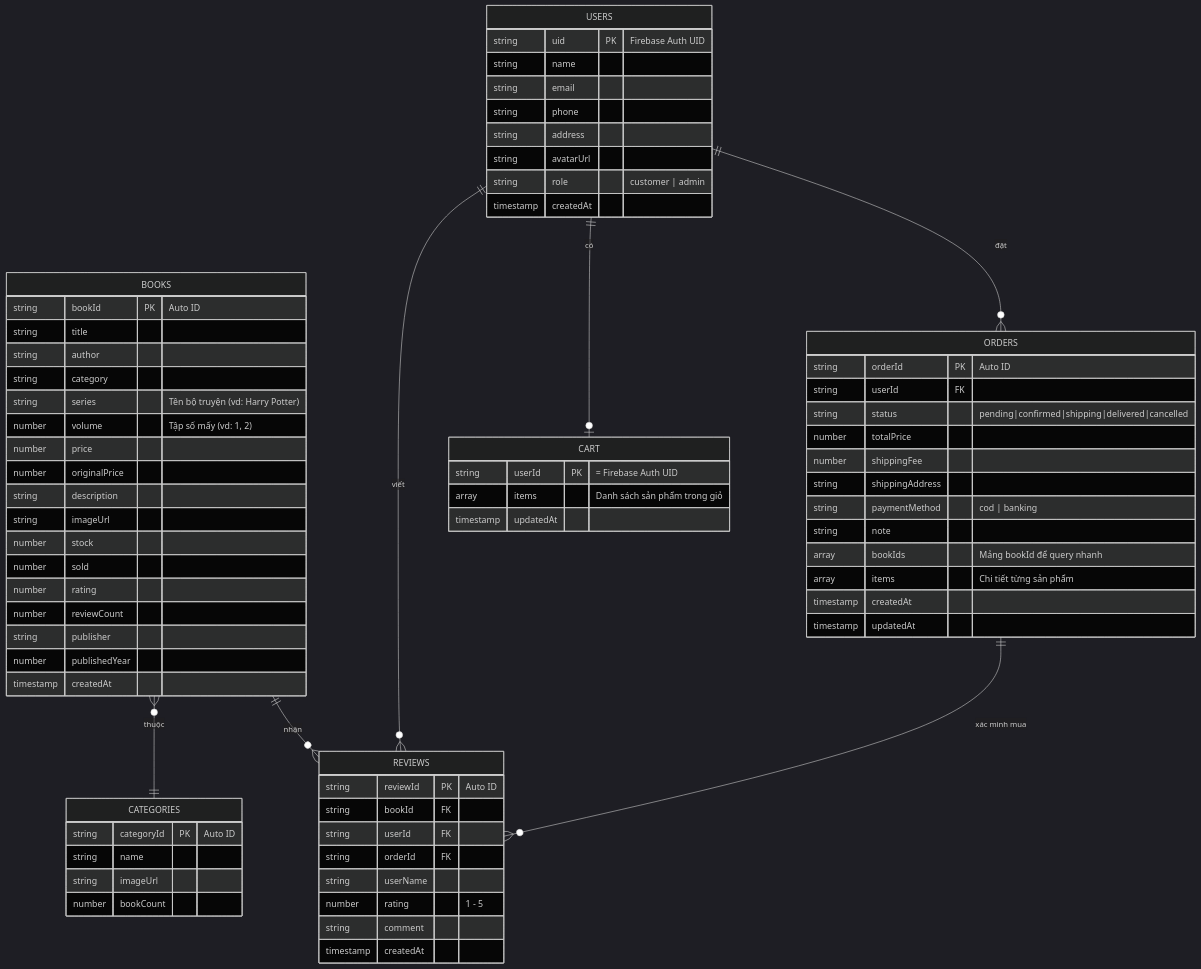
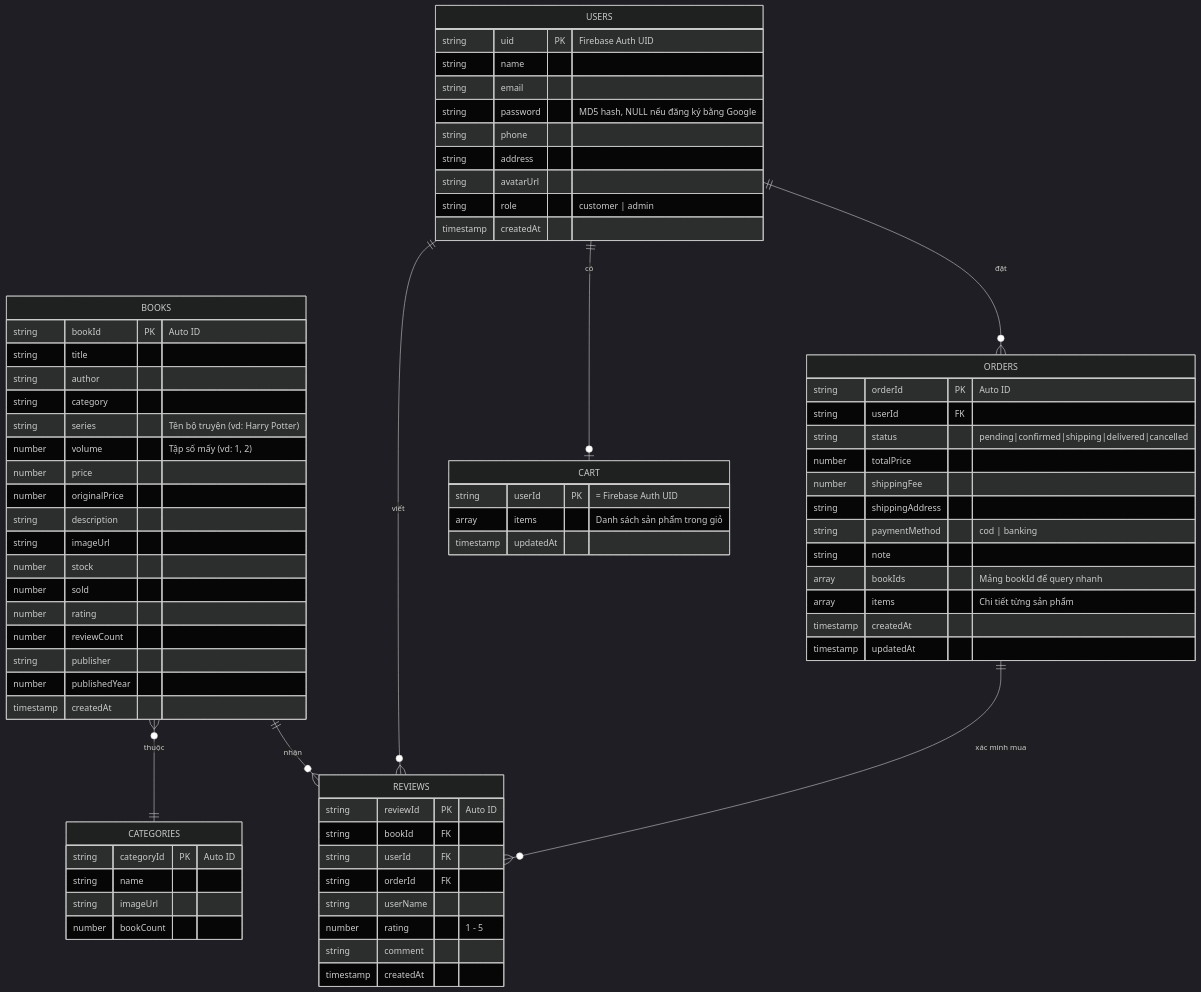
The diagram in db_design.md (Phong23130238/LapTrinhMobile_BookStore), drawn with Mermaid (dark theme) before and after one commit. The commit also changed other lines of this file and 9 other files, not shown here.

````diff
--- a/db_design.md
+++ b/db_design.md
@@ -10,79 +10,80 @@
 ```mermaid
 erDiagram
     USERS {
         string uid PK "Firebase Auth UID"
         string name
         string email
+        string password "MD5 hash, NULL nếu đăng ký bằng Google"
         string phone
         string address
         string avatarUrl
         string role "customer | admin"
         timestamp createdAt
     }
 
     BOOKS {
         string bookId PK "Auto ID"
         string title
         string author
         string category
         string series "Tên bộ truyện (vd: Harry Potter)"
         number volume "Tập số mấy (vd: 1, 2)"
         number price
         number originalPrice
         string description
         string imageUrl
         number stock
         number sold
         number rating
         number reviewCount
         string publisher
         number publishedYear
         timestamp createdAt
     }
 
     CATEGORIES {
         string categoryId PK "Auto ID"
         string name
         string imageUrl
         number bookCount
     }
 
     ORDERS {
         string orderId PK "Auto ID"
         string userId FK
         string status "pending|confirmed|shipping|delivered|cancelled"
         number totalPrice
         number shippingFee
         string shippingAddress
         string paymentMethod "cod | banking"
         string note
         array bookIds "Mảng bookId để query nhanh"
         array items "Chi tiết từng sản phẩm"
         timestamp createdAt
         timestamp updatedAt
     }
 
     CART {
         string userId PK "= Firebase Auth UID"
         array items "Danh sách sản phẩm trong giỏ"
         timestamp updatedAt
     }
 
     REVIEWS {
         string reviewId PK "Auto ID"
         string bookId FK
         string userId FK
         string orderId FK
         string userName
         number rating "1 - 5"
         string comment
         timestamp createdAt
     }
 
     USERS ||--o{ ORDERS : "đặt"
     USERS ||--o| CART : "có"
     USERS ||--o{ REVIEWS : "viết"
     BOOKS ||--o{ REVIEWS : "nhận"
     BOOKS }o--|| CATEGORIES : "thuộc"
     ORDERS ||--o{ REVIEWS : "xác minh mua"
 ```
````
